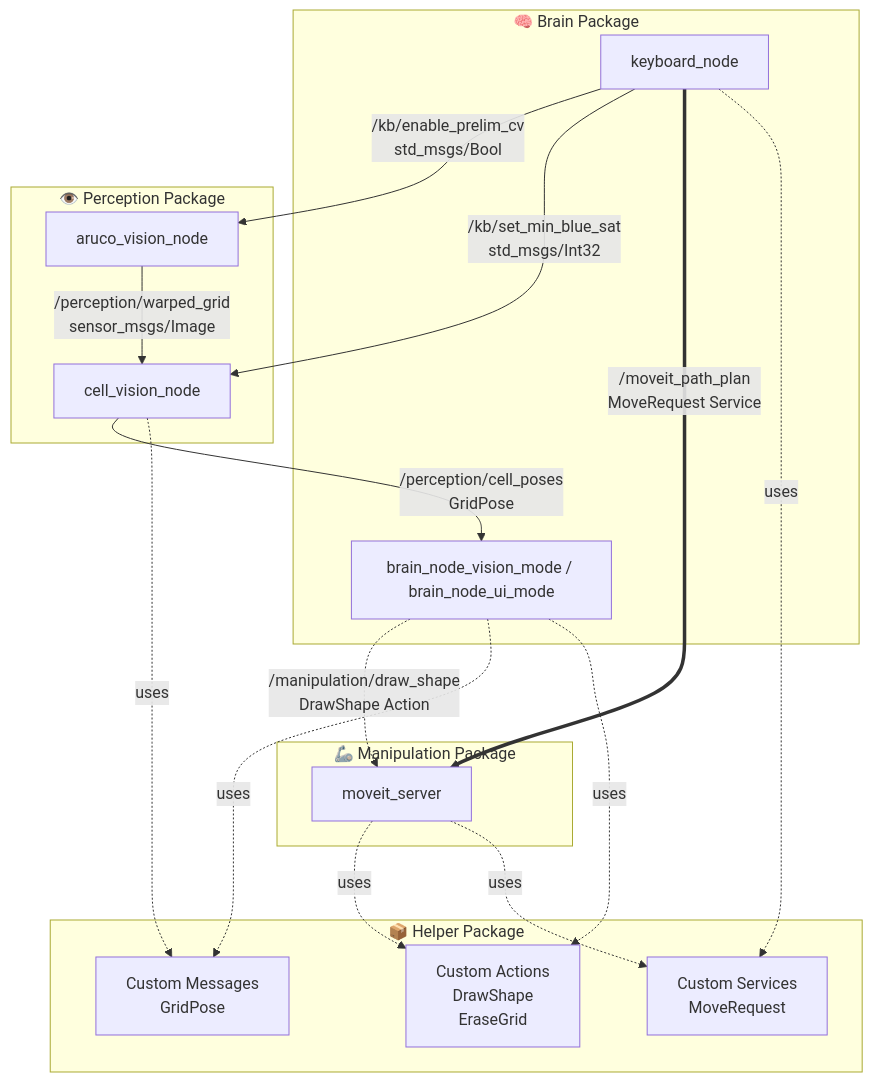
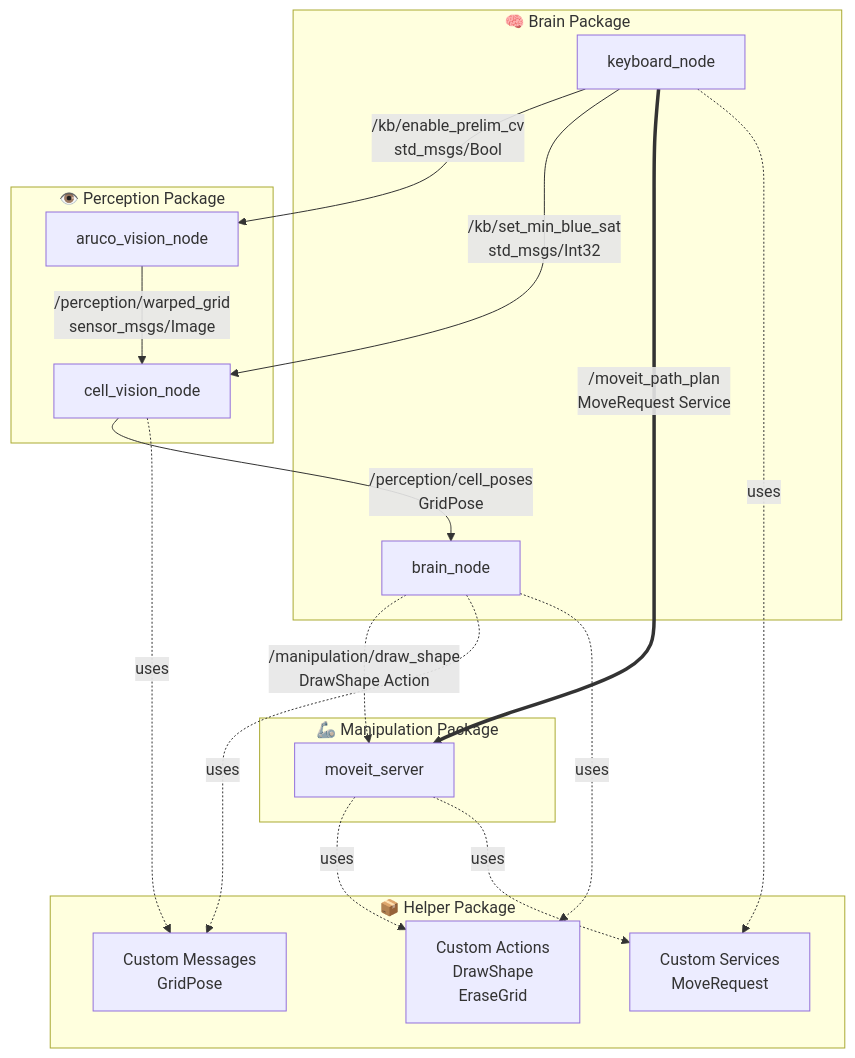
The first of 3 diagrams in README.md (AbdulShahzeb/ros-tictactoe-ur), drawn with Mermaid before and after one commit. The commit also changed other lines of this file and 2 other files, not shown here.

````diff
--- a/README.md
+++ b/README.md
@@ -94,44 +94,44 @@
 ```mermaid
 graph TB
     subgraph brain["🧠 Brain Package"]
         keyboard[keyboard_node]
-        brain_node[brain_node_vision_mode / brain_node_ui_mode]
+        brain_node[brain_node]
     end
 
     subgraph perception["👁️ Perception Package"]
         aruco[aruco_vision_node]
         cell[cell_vision_node]
     end
 
     subgraph manipulation["🦾 Manipulation Package"]
         moveit[moveit_server]
     end
 
     subgraph helper["📦 Helper Package"]
         msgs[Custom Messages<br/>GridPose]
         srvs[Custom Services<br/>MoveRequest]
         actions[Custom Actions<br/>DrawShape<br/>EraseGrid]
     end
 
     %% Perception to Brain
     aruco -->|/perception/warped_grid<br/>sensor_msgs/Image| cell
     cell -->|/perception/cell_poses<br/>GridPose| brain_node
 
     %% Brain to Manipulation
     brain_node -.->|/manipulation/draw_shape<br/>DrawShape Action| moveit
     
     %% Keyboard to Perception
     keyboard -->|/kb/enable_prelim_cv<br/>std_msgs/Bool| aruco
     keyboard -->|/kb/set_min_blue_sat<br/>std_msgs/Int32| cell
     
     %% Keyboard to Manipulation
     keyboard ==>|/moveit_path_plan<br/>MoveRequest Service| moveit
 
     %% Helper dependencies
     cell -.->|uses| msgs
     brain_node -.->|uses| msgs
     brain_node -.->|uses| actions
     moveit -.->|uses| actions
     moveit -.->|uses| srvs
     keyboard -.->|uses| srvs
 ```
````
